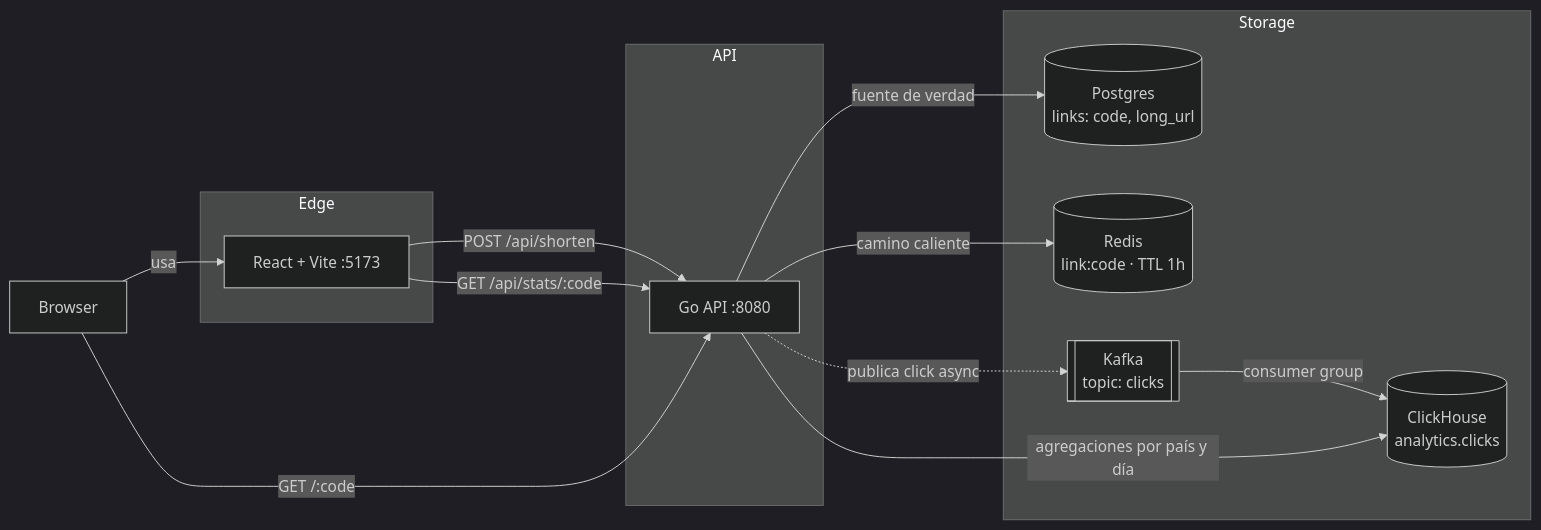
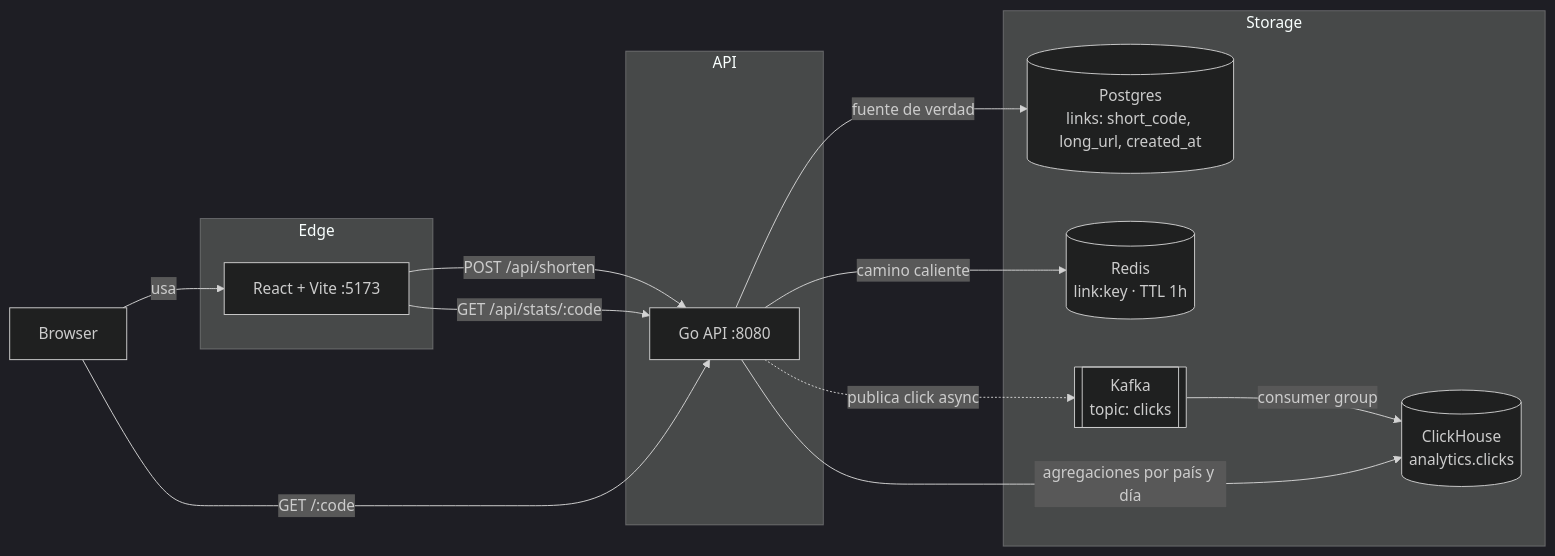
Before and after one commit to patricioarmesto/0001-bitly: the diagram in README.md, drawn with Mermaid (dark theme). The commit also changed other lines of this file and 11 other files, not shown here.

````diff
--- a/README.md
+++ b/README.md
@@ -21,30 +21,30 @@
 ```mermaid
 flowchart LR
     Browser[Browser]
 
     subgraph Edge
         FE[React + Vite :5173]
     end
 
     subgraph API
         Go[Go API :8080]
     end
 
     subgraph Storage
-        PG[(Postgres<br/>links: code, long_url)]
-        R[(Redis<br/>link:code · TTL 1h)]
+        PG[(Postgres<br/>links: short_code, long_url, created_at)]
+        R[(Redis<br/>link:key · TTL 1h)]
         K[[Kafka<br/>topic: clicks]]
         CH[(ClickHouse<br/>analytics.clicks)]
     end
 
     Browser -->|usa| FE
     FE -->|POST /api/shorten| Go
     FE -->|GET /api/stats/:code| Go
     Browser -->|GET /:code| Go
 
     Go -->|fuente de verdad| PG
     Go -->|camino caliente| R
     Go -.->|publica click async| K
     K -->|consumer group| CH
     Go -->|agregaciones por país y día| CH
 ```
````
